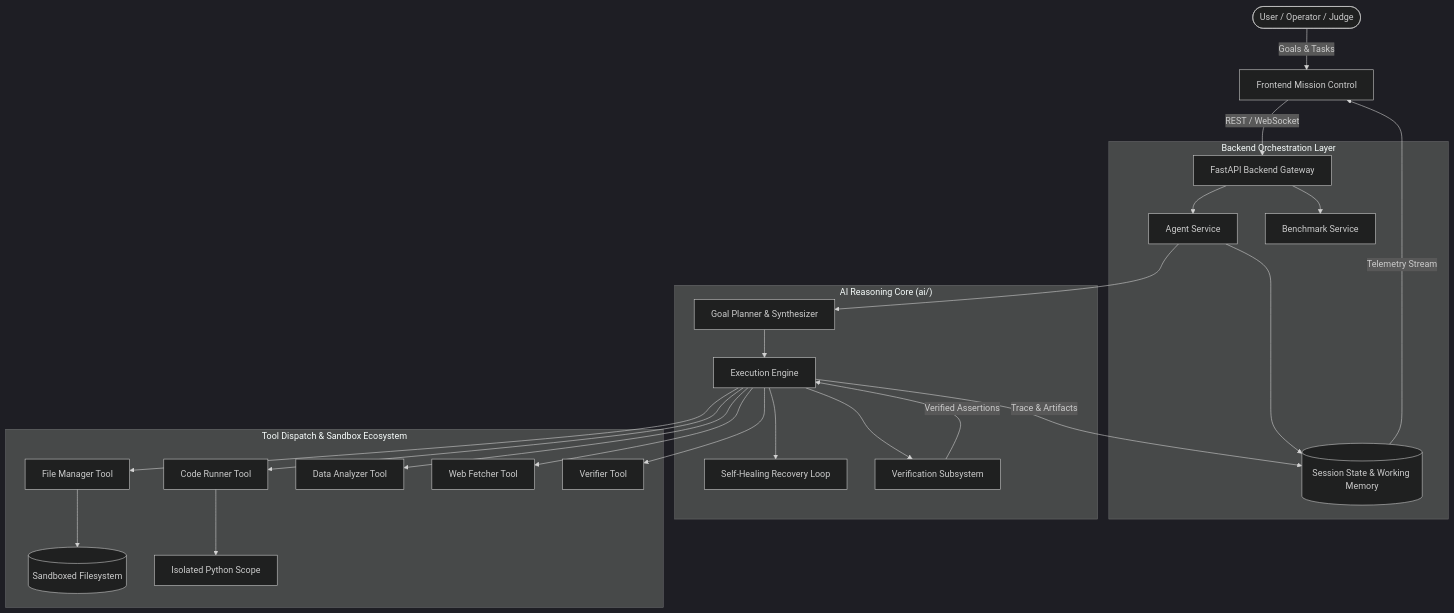
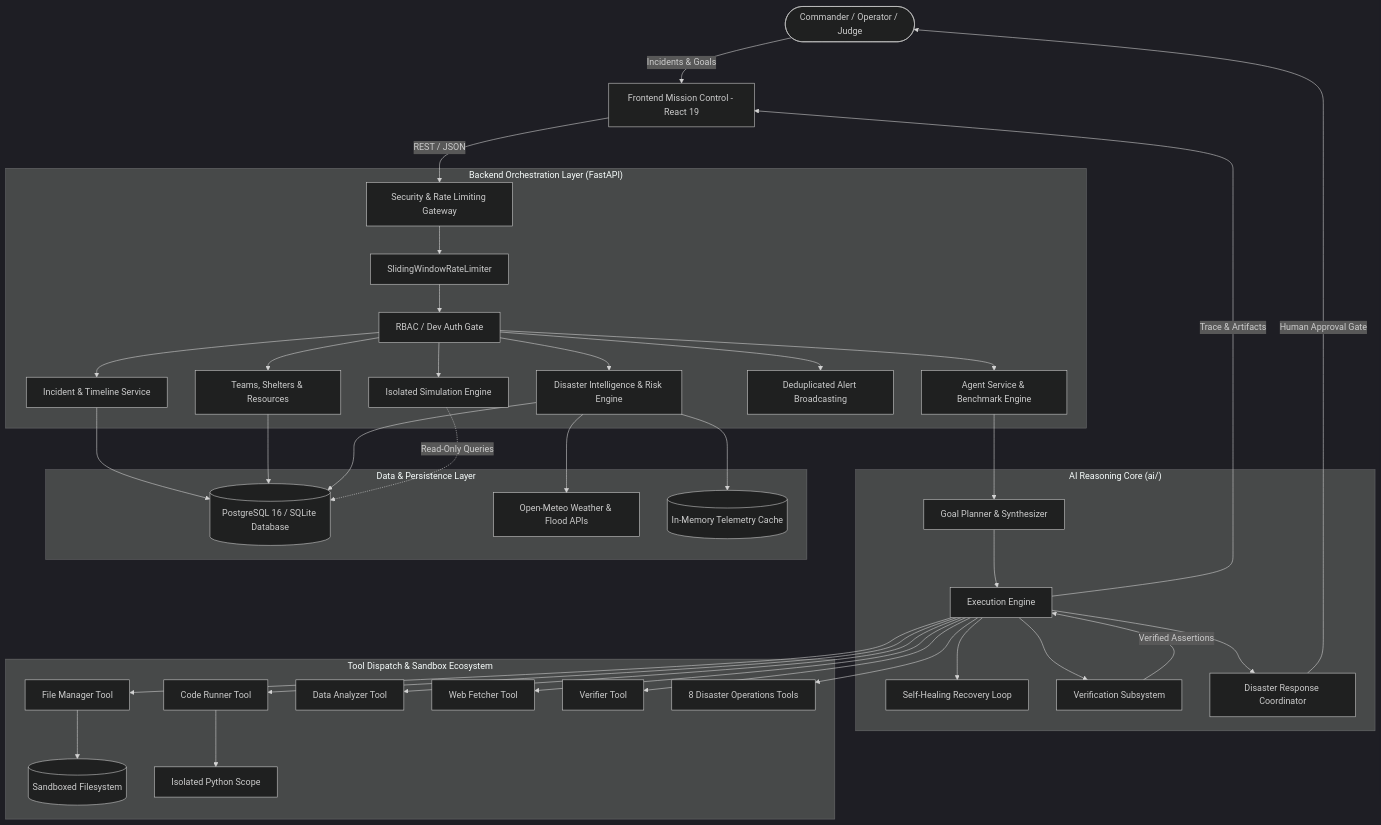
The first of 2 diagrams in docs/ARCHITECTURE.md (singhrohit09/AGENTCRAFT), drawn with Mermaid (dark theme) before and after one commit. The commit also changed other lines of this file and 19 other files, not shown here.

Commit message:
feat: finalize disaster response platform

````diff
--- a/docs/ARCHITECTURE.md
+++ b/docs/ARCHITECTURE.md
@@ -9,33 +9,49 @@
 ```mermaid
 graph TD
-    User([User / Operator / Judge]) -->|Goals & Tasks| UI[Frontend Mission Control]
-    UI -->|REST / WebSocket| Gateway[FastAPI Backend Gateway]
+    User([Commander / Operator / Judge]) -->|Incidents & Goals| UI[Frontend Mission Control - React 19]
+    UI -->|REST / JSON| Security[Security & Rate Limiting Gateway]
     
-    subgraph "Backend Orchestration Layer"
-        Gateway --> AgentService[Agent Service]
-        Gateway --> BenchmarkService[Benchmark Service]
-        AgentService --> SessionStore[(Session State & Working Memory)]
+    subgraph "Backend Orchestration Layer (FastAPI)"
+        Security --> RateLimiter[SlidingWindowRateLimiter]
+        RateLimiter --> AuthGate[RBAC / Dev Auth Gate]
+        AuthGate --> IncidentRoutes[Incident & Timeline Service]
+        AuthGate --> CoordinationRoutes[Teams, Shelters & Resources]
+        AuthGate --> IntelligenceRoutes[Disaster Intelligence & Risk Engine]
+        AuthGate --> SimulationRoutes[Isolated Simulation Engine]
+        AuthGate --> AlertRoutes[Deduplicated Alert Broadcasting]
+        AuthGate --> AgentRoutes[Agent Service & Benchmark Engine]
     end
 
     subgraph "AI Reasoning Core (ai/)"
-        AgentService --> Planner[Goal Planner & Synthesizer]
+        AgentRoutes --> Planner[Goal Planner & Synthesizer]
         Planner --> ExecutionEngine[Execution Engine]
         ExecutionEngine --> Recovery[Self-Healing Recovery Loop]
         ExecutionEngine --> VerifierEngine[Verification Subsystem]
+        ExecutionEngine --> DisasterAgentService[Disaster Response Coordinator]
     end
 
     subgraph "Tool Dispatch & Sandbox Ecosystem"
         ExecutionEngine --> CodeRunner[Code Runner Tool]
         ExecutionEngine --> FileManager[File Manager Tool]
         ExecutionEngine --> DataAnalyzer[Data Analyzer Tool]
         ExecutionEngine --> WebFetcher[Web Fetcher Tool]
         ExecutionEngine --> Verifier[Verifier Tool]
+        ExecutionEngine --> DisasterTools[8 Disaster Operations Tools]
         
         FileManager --> Sandbox[(Sandboxed Filesystem)]
         CodeRunner --> IsolatedScope[Isolated Python Scope]
     end
 
+    subgraph "Data & Persistence Layer"
+        IncidentRoutes --> DB[(PostgreSQL 16 / SQLite Database)]
+        CoordinationRoutes --> DB
+        IntelligenceRoutes --> DB
+        IntelligenceRoutes --> ExternalAPIs[Open-Meteo Weather & Flood APIs]
+        IntelligenceRoutes --> TTLCache[(In-Memory Telemetry Cache)]
+        SimulationRoutes -.->|Read-Only Queries| DB
+    end
+
+    DisasterAgentService -->|Human Approval Gate| User
     VerifierEngine -->|Verified Assertions| ExecutionEngine
-    ExecutionEngine -->|Trace & Artifacts| SessionStore
-    SessionStore -->|Telemetry Stream| UI
+    ExecutionEngine -->|Trace & Artifacts| UI
 ```
````
